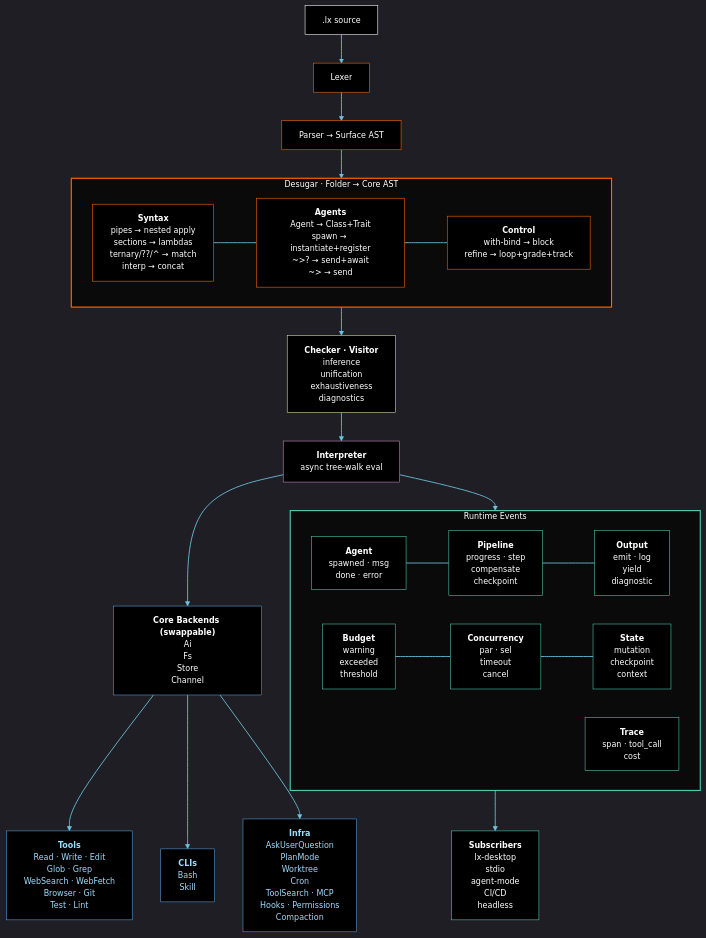
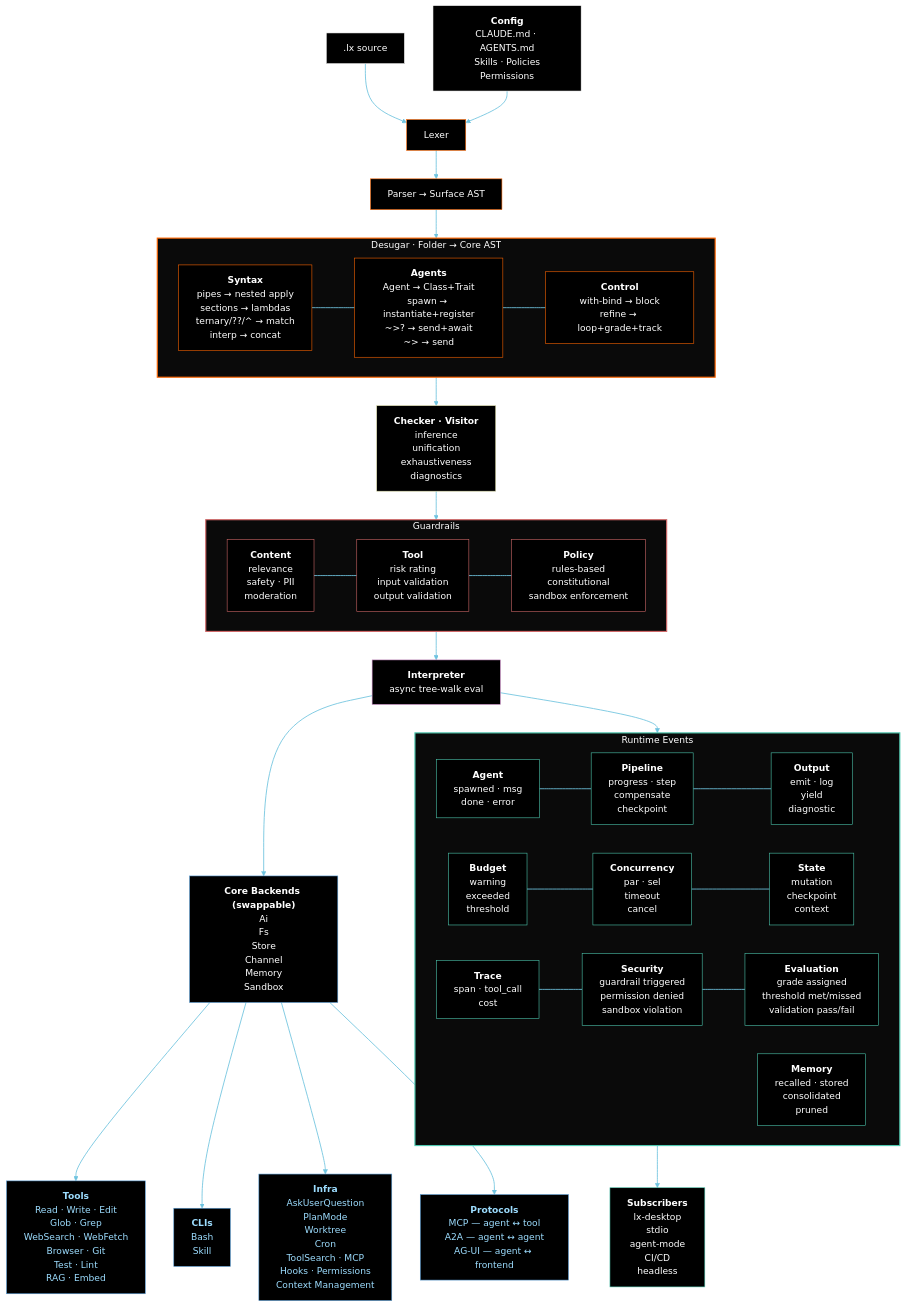
Before and after one commit to Distortedlogic/lx: the diagram in DIAGRAM.mmd, drawn with Mermaid. The commit also changed 53 other files, not shown here.

Commit message:
Update DIAGRAM.mmd, DIAGRAM.png, WORKFLOW.mmd, and 51 more files

```diff
--- a/DIAGRAM.mmd
+++ b/DIAGRAM.mmd
@@ -1,122 +1,174 @@
-%%{init: {'theme': 'dark', 'themeVariables': {'primaryColor': '#000000', 'primaryTextColor': '#ffffff', 'primaryBorderColor': '#6fc3df', 'lineColor': '#6fc3df', 'fontSize': '14px', 'fontFamily': 'monospace'}}}%%
-
 graph TD
     source[".lx source"]
+    config["`**Config**
+CLAUDE.md · AGENTS.md
+Skills · Policies
+Permissions`"]
     source --> lexer["Lexer"]
+    config --> lexer
     lexer --> parser["Parser → Surface AST"]
     parser --> desugars
 
     subgraph desugars ["Desugar · Folder → Core AST"]
         direction LR
         ds_syntax["`**Syntax**
 pipes → nested apply
 sections → lambdas
 ternary/??/^ → match
 interp → concat`"]
         ds_agents["`**Agents**
 Agent → Class+Trait
 spawn → instantiate+register
 ~>? → send+await
 ~> → send`"]
         ds_control["`**Control**
 with-bind → block
 refine → loop+grade+track`"]
         ds_syntax ~~~ ds_agents ~~~ ds_control
     end
 
     desugars --> checker["`**Checker · Visitor**
 inference
 unification
 exhaustiveness
 diagnostics`"]
-    checker --> interpreter["`**Interpreter**
+    checker --> guardrails
+
+    subgraph guardrails ["Guardrails"]
+        direction LR
+        gr_content["`**Content**
+relevance
+safety · PII
+moderation`"]
+        gr_tool["`**Tool**
+risk rating
+input validation
+output validation`"]
+        gr_policy["`**Policy**
+rules-based
+constitutional
+sandbox enforcement`"]
+        gr_content ~~~ gr_tool ~~~ gr_policy
+    end
+
+    guardrails --> interpreter["`**Interpreter**
 async tree-walk eval`"]
 
     interpreter --> backends["`**Core Backends (swappable)**
 Ai
 Fs
 Store
-Channel`"]
+Channel
+Memory
+Sandbox`"]
     interpreter --> events
 
     subgraph events ["Runtime Events"]
         direction LR
         evt_agent["`**Agent**
 spawned · msg
 done · error`"]
         evt_pipeline["`**Pipeline**
 progress · step
 compensate
 checkpoint`"]
         evt_output["`**Output**
 emit · log
 yield
 diagnostic`"]
         evt_budget["`**Budget**
 warning
 exceeded
 threshold`"]
         evt_concurrency["`**Concurrency**
 par · sel
 timeout
 cancel`"]
         evt_state["`**State**
 mutation
 checkpoint
 context`"]
         evt_trace["`**Trace**
 span · tool_call
 cost`"]
+        evt_security["`**Security**
+guardrail triggered
+permission denied
+sandbox violation`"]
+        evt_eval["`**Evaluation**
+grade assigned
+threshold met/missed
+validation pass/fail`"]
+        evt_memory["`**Memory**
+recalled · stored
+consolidated
+pruned`"]
         evt_agent ~~~ evt_pipeline ~~~ evt_output
         evt_budget ~~~ evt_concurrency ~~~ evt_state
+        evt_trace ~~~ evt_security ~~~ evt_eval
     end
 
     backends --> tools["`**Tools**
 Read · Write · Edit
 Glob · Grep
 WebSearch · WebFetch
 Browser · Git
-Test · Lint`"]
+Test · Lint
+RAG · Embed`"]
     backends --> clis["`**CLIs**
 Bash
 Skill`"]
     backends --> infra["`**Infra**
 AskUserQuestion
 PlanMode
 Worktree
 Cron
 ToolSearch · MCP
 Hooks · Permissions
-Compaction`"]
+Context Management`"]
+
+    backends --> protocols["`**Protocols**
+MCP — agent ↔ tool
+A2A — agent ↔ agent
+AG-UI — agent ↔ frontend`"]
 
     events --> subs["`**Subscribers**
 lx-desktop
 stdio
 agent-mode
 CI/CD
 headless`"]
 
     style source fill:#000,stroke:#fff,color:#fff
+    style config fill:#000,stroke:#fff,color:#fff
     style lexer fill:#000,stroke:#ff6600,color:#fff
     style parser fill:#000,stroke:#ff6600,color:#fff
     style desugars fill:#0a0a0a,stroke:#ff6600,color:#fff,stroke-width:2px
     style ds_syntax fill:#000,stroke:#ff6600,color:#fff
     style ds_agents fill:#000,stroke:#ff6600,color:#fff
     style ds_control fill:#000,stroke:#ff6600,color:#fff
     style checker fill:#000,stroke:#dcdcaa,color:#fff
+    style guardrails fill:#0a0a0a,stroke:#d16969,color:#fff,stroke-width:2px
+    style gr_content fill:#000,stroke:#d16969,color:#fff
+    style gr_tool fill:#000,stroke:#d16969,color:#fff
+    style gr_policy fill:#000,stroke:#d16969,color:#fff
     style interpreter fill:#000,stroke:#c586c0,color:#fff
     style backends fill:#000,stroke:#569cd6,color:#fff
     style tools fill:#000,stroke:#569cd6,color:#9cdcfe
     style clis fill:#000,stroke:#569cd6,color:#9cdcfe
     style infra fill:#000,stroke:#569cd6,color:#9cdcfe
+    style protocols fill:#000,stroke:#569cd6,color:#9cdcfe
     style events fill:#0a0a0a,stroke:#4ec9b0,color:#fff,stroke-width:2px
     style evt_agent fill:#000,stroke:#4ec9b0,color:#fff
     style evt_pipeline fill:#000,stroke:#4ec9b0,color:#fff
     style evt_output fill:#000,stroke:#4ec9b0,color:#fff
     style evt_budget fill:#000,stroke:#4ec9b0,color:#fff
     style evt_concurrency fill:#000,stroke:#4ec9b0,color:#fff
     style evt_state fill:#000,stroke:#4ec9b0,color:#fff
     style evt_trace fill:#000,stroke:#4ec9b0,color:#fff
+    style evt_security fill:#000,stroke:#4ec9b0,color:#fff
+    style evt_eval fill:#000,stroke:#4ec9b0,color:#fff
+    style evt_memory fill:#000,stroke:#4ec9b0,color:#fff
     style subs fill:#000,stroke:#4ec9b0,color:#fff
 
     linkStyle default stroke:#6fc3df,stroke-width:1.5px
```
